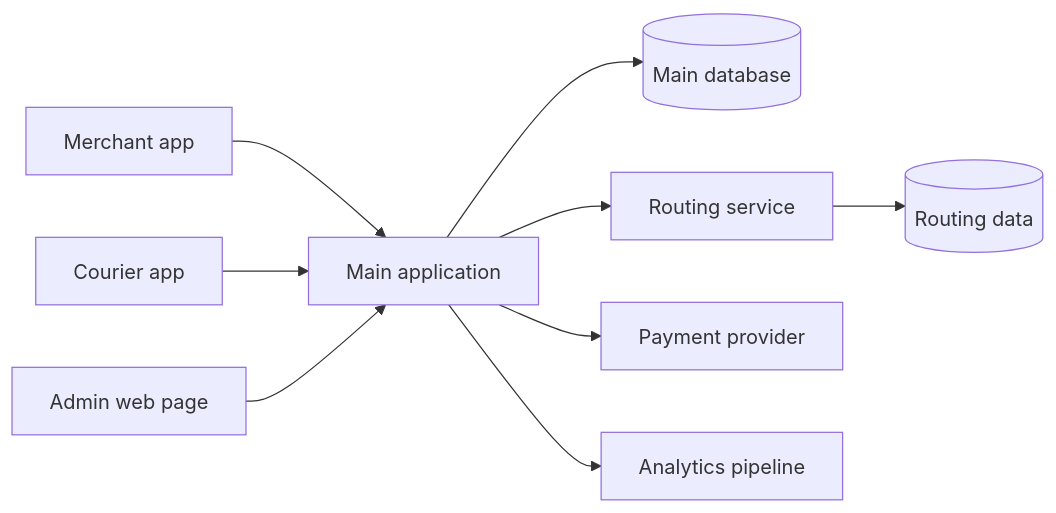
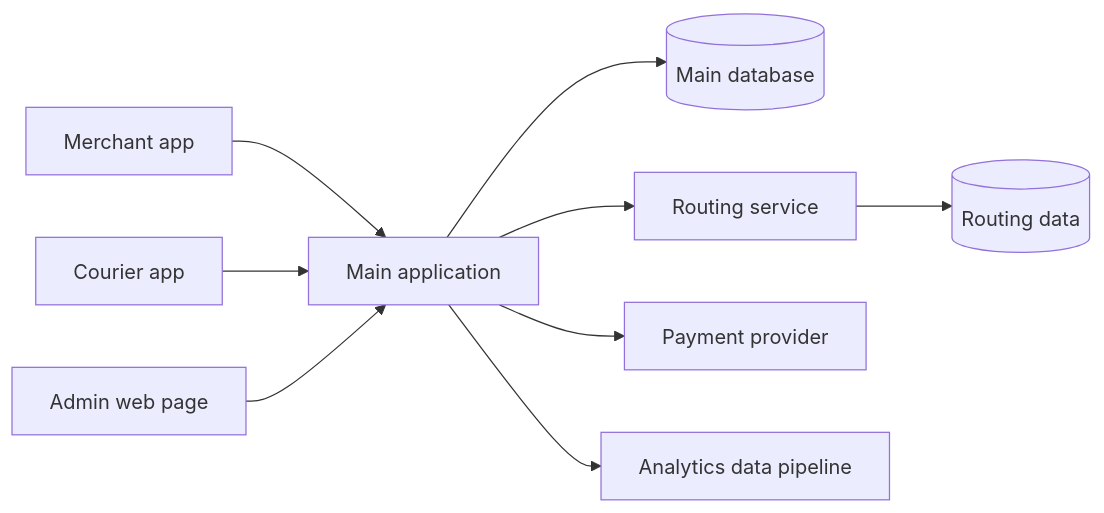
One commit to Tamoura/system-design-for-vibe-coders changed the diagram in dprac/modules/09-architecture.md. Above: the diagram before and after it, drawn with Mermaid. The commit also changed other lines of this file and 42 other files, not shown here.

````diff
--- a/dprac/modules/09-architecture.md
+++ b/dprac/modules/09-architecture.md
@@ -84,11 +72,11 @@
 ```mermaid
 flowchart LR
   M[Merchant app] --> API[Main application]
   C[Courier app] --> API
   W[Admin web page] --> API
   API --> DB[(Main database)]
   API --> R[Routing service]
   R --> RDB[(Routing data)]
   API --> P[Payment provider]
-  API --> A[Analytics pipeline]
+  API --> A[Analytics data pipeline]
 ```
````
